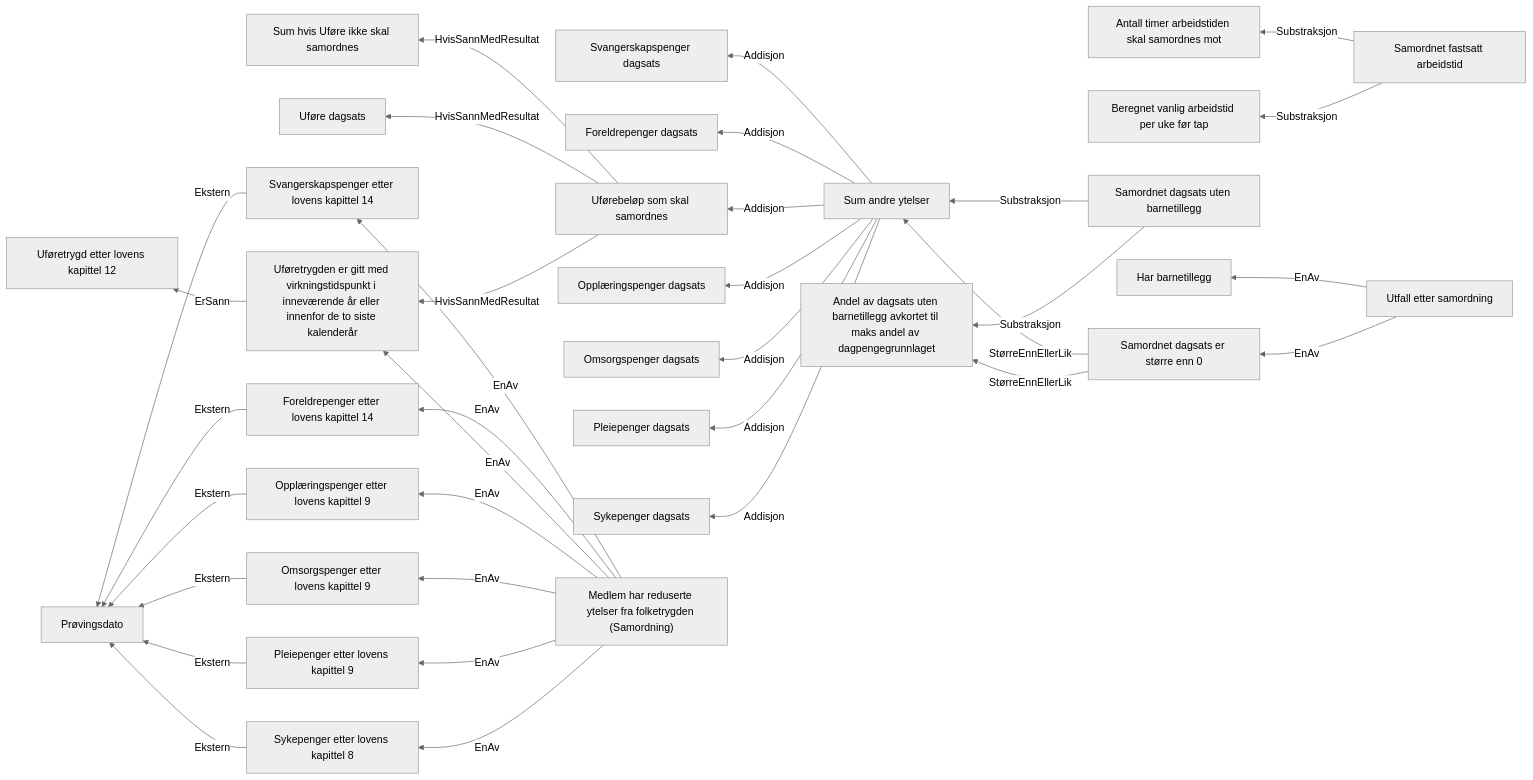
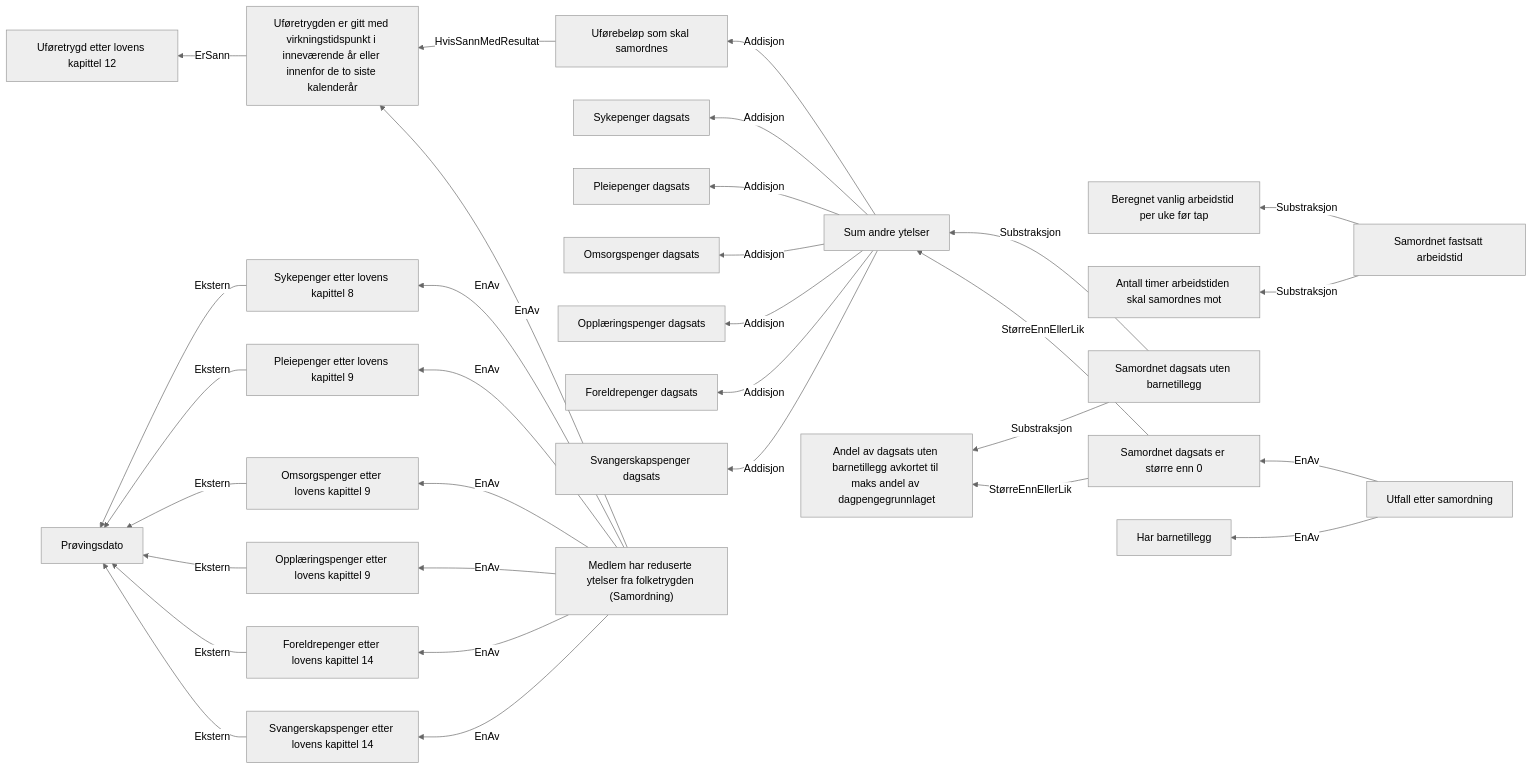
One commit to navikt/dp-behandling changed the diagram in docs/regler/§ 4-25.Samordning med reduserte ytelser fra folketrygden, eller redusert avtalefestet pensjon.approved.md. Above: the diagram before and after it, drawn with Mermaid (neutral theme). The commit also changed 33 other files, not shown here.

First paragraph of the commit message:
Gjør det mulig å gjøre deler av regelverket via HvisSannMedResultat

````diff
--- a/docs/regler/§ 4-25.Samordning med reduserte ytelser fra folketrygden, eller redusert avtalefestet pensjon.approved.md
+++ b/docs/regler/§ 4-25.Samordning med reduserte ytelser fra folketrygden, eller redusert avtalefestet pensjon.approved.md
@@ -5,35 +5,33 @@
 ```mermaid
 graph RL
   A["Sykepenger etter lovens kapittel 8"] -->|"Ekstern"| B["Prøvingsdato"]
   C["Pleiepenger etter lovens kapittel 9"] -->|"Ekstern"| B["Prøvingsdato"]
   D["Omsorgspenger etter lovens kapittel 9"] -->|"Ekstern"| B["Prøvingsdato"]
   E["Opplæringspenger etter lovens kapittel 9"] -->|"Ekstern"| B["Prøvingsdato"]
   F["Foreldrepenger etter lovens kapittel 14"] -->|"Ekstern"| B["Prøvingsdato"]
   G["Svangerskapspenger etter lovens kapittel 14"] -->|"Ekstern"| B["Prøvingsdato"]
   H["Uføretrygden er gitt med virkningstidspunkt i inneværende år eller innenfor de to siste kalenderår"] -->|"ErSann"| I["Uføretrygd etter lovens kapittel 12"]
   J["Samordnet fastsatt arbeidstid"] -->|"Substraksjon"| K["Beregnet vanlig arbeidstid per uke før tap"]
   J["Samordnet fastsatt arbeidstid"] -->|"Substraksjon"| L["Antall timer arbeidstiden skal samordnes mot"]
   M["Uførebeløp som skal samordnes"] -->|"HvisSannMedResultat"| H["Uføretrygden er gitt med virkningstidspunkt i inneværende år eller innenfor de to siste kalenderår"]
-  M["Uførebeløp som skal samordnes"] -->|"HvisSannMedResultat"| N["Uføre dagsats"]
-  M["Uførebeløp som skal samordnes"] -->|"HvisSannMedResultat"| O["Sum hvis Uføre ikke skal samordnes"]
-  P["Sum andre ytelser"] -->|"Addisjon"| Q["Sykepenger dagsats"]
-  P["Sum andre ytelser"] -->|"Addisjon"| R["Pleiepenger dagsats"]
-  P["Sum andre ytelser"] -->|"Addisjon"| S["Omsorgspenger dagsats"]
-  P["Sum andre ytelser"] -->|"Addisjon"| T["Opplæringspenger dagsats"]
-  P["Sum andre ytelser"] -->|"Addisjon"| M["Uførebeløp som skal samordnes"]
-  P["Sum andre ytelser"] -->|"Addisjon"| U["Foreldrepenger dagsats"]
-  P["Sum andre ytelser"] -->|"Addisjon"| V["Svangerskapspenger dagsats"]
-  W["Samordnet dagsats uten barnetillegg"] -->|"Substraksjon"| X["Andel av dagsats uten barnetillegg avkortet til maks andel av dagpengegrunnlaget"]
-  W["Samordnet dagsats uten barnetillegg"] -->|"Substraksjon"| P["Sum andre ytelser"]
-  Y["Samordnet dagsats er større enn 0"] -->|"StørreEnnEllerLik"| X["Andel av dagsats uten barnetillegg avkortet til maks andel av dagpengegrunnlaget"]
-  Y["Samordnet dagsats er større enn 0"] -->|"StørreEnnEllerLik"| P["Sum andre ytelser"]
-  Z["Utfall etter samordning"] -->|"EnAv"| Y["Samordnet dagsats er større enn 0"]
-  Z["Utfall etter samordning"] -->|"EnAv"| AA["Har barnetillegg"]
-  AB["Medlem har reduserte ytelser fra folketrygden (Samordning)"] -->|"EnAv"| A["Sykepenger etter lovens kapittel 8"]
-  AB["Medlem har reduserte ytelser fra folketrygden (Samordning)"] -->|"EnAv"| C["Pleiepenger etter lovens kapittel 9"]
-  AB["Medlem har reduserte ytelser fra folketrygden (Samordning)"] -->|"EnAv"| D["Omsorgspenger etter lovens kapittel 9"]
-  AB["Medlem har reduserte ytelser fra folketrygden (Samordning)"] -->|"EnAv"| E["Opplæringspenger etter lovens kapittel 9"]
-  AB["Medlem har reduserte ytelser fra folketrygden (Samordning)"] -->|"EnAv"| H["Uføretrygden er gitt med virkningstidspunkt i inneværende år eller innenfor de to siste kalenderår"]
-  AB["Medlem har reduserte ytelser fra folketrygden (Samordning)"] -->|"EnAv"| F["Foreldrepenger etter lovens kapittel 14"]
-  AB["Medlem har reduserte ytelser fra folketrygden (Samordning)"] -->|"EnAv"| G["Svangerskapspenger etter lovens kapittel 14"]
+  N["Sum andre ytelser"] -->|"Addisjon"| O["Sykepenger dagsats"]
+  N["Sum andre ytelser"] -->|"Addisjon"| P["Pleiepenger dagsats"]
+  N["Sum andre ytelser"] -->|"Addisjon"| Q["Omsorgspenger dagsats"]
+  N["Sum andre ytelser"] -->|"Addisjon"| R["Opplæringspenger dagsats"]
+  N["Sum andre ytelser"] -->|"Addisjon"| M["Uførebeløp som skal samordnes"]
+  N["Sum andre ytelser"] -->|"Addisjon"| S["Foreldrepenger dagsats"]
+  N["Sum andre ytelser"] -->|"Addisjon"| T["Svangerskapspenger dagsats"]
+  U["Samordnet dagsats uten barnetillegg"] -->|"Substraksjon"| V["Andel av dagsats uten barnetillegg avkortet til maks andel av dagpengegrunnlaget"]
+  U["Samordnet dagsats uten barnetillegg"] -->|"Substraksjon"| N["Sum andre ytelser"]
+  W["Samordnet dagsats er større enn 0"] -->|"StørreEnnEllerLik"| V["Andel av dagsats uten barnetillegg avkortet til maks andel av dagpengegrunnlaget"]
+  W["Samordnet dagsats er større enn 0"] -->|"StørreEnnEllerLik"| N["Sum andre ytelser"]
+  X["Utfall etter samordning"] -->|"EnAv"| W["Samordnet dagsats er større enn 0"]
+  X["Utfall etter samordning"] -->|"EnAv"| Y["Har barnetillegg"]
+  Z["Medlem har reduserte ytelser fra folketrygden (Samordning)"] -->|"EnAv"| A["Sykepenger etter lovens kapittel 8"]
+  Z["Medlem har reduserte ytelser fra folketrygden (Samordning)"] -->|"EnAv"| C["Pleiepenger etter lovens kapittel 9"]
+  Z["Medlem har reduserte ytelser fra folketrygden (Samordning)"] -->|"EnAv"| D["Omsorgspenger etter lovens kapittel 9"]
+  Z["Medlem har reduserte ytelser fra folketrygden (Samordning)"] -->|"EnAv"| E["Opplæringspenger etter lovens kapittel 9"]
+  Z["Medlem har reduserte ytelser fra folketrygden (Samordning)"] -->|"EnAv"| H["Uføretrygden er gitt med virkningstidspunkt i inneværende år eller innenfor de to siste kalenderår"]
+  Z["Medlem har reduserte ytelser fra folketrygden (Samordning)"] -->|"EnAv"| F["Foreldrepenger etter lovens kapittel 14"]
+  Z["Medlem har reduserte ytelser fra folketrygden (Samordning)"] -->|"EnAv"| G["Svangerskapspenger etter lovens kapittel 14"]
 ```
````
